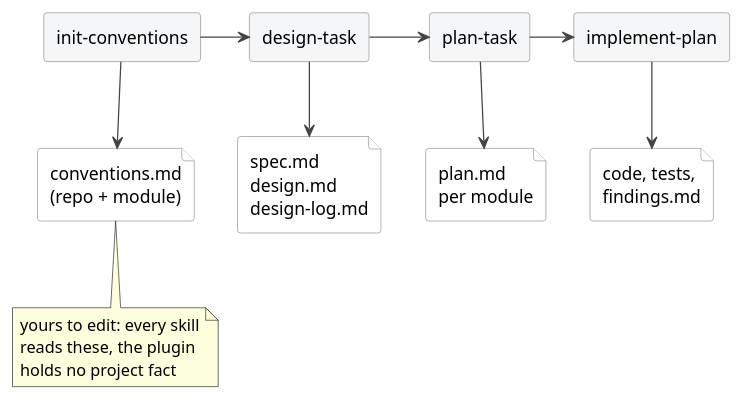
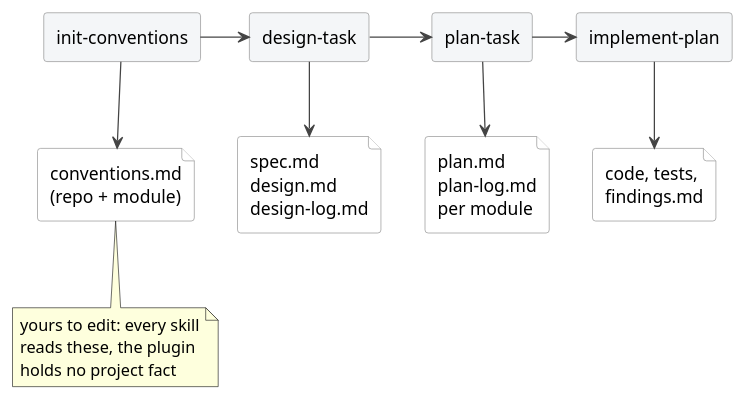
Before and after one commit to ds-usova/tdd-sdlc: the diagram in docs/diagrams/workflow.puml, drawn with PlantUML. The commit also changed 22 other files, not shown here.

```diff
--- a/docs/diagrams/workflow.puml
+++ b/docs/diagrams/workflow.puml
@@ -1,40 +1,40 @@
 @startuml workflow
 skinparam defaultFontName Helvetica
 skinparam shadowing false
 skinparam ArrowColor #444
 skinparam rectangle {
   BackgroundColor #F4F6F8
   BorderColor #888
 }
 skinparam file {
   BackgroundColor #FFFFFF
   BorderColor #888
 }
 top to bottom direction
 
 rectangle "init-conventions" as IC
 rectangle "design-task" as DT
 rectangle "plan-task" as PT
 rectangle "implement-plan" as IP
 file "conventions.md\n(repo + module)" as CV
 file "spec.md \ndesign.md\ndesign-log.md" as D
-file "plan.md\nper module" as P
+file "plan.md\nplan-log.md\nper module" as P
 file "code, tests,\nfindings.md" as C
 
 note bottom of CV
   yours to edit: every skill
   reads these, the plugin
   holds no project fact
 end note
 
 IC -> DT
 DT -> PT
 PT -> IP
 IC --> CV
 DT --> D
 PT --> P
 IP --> C
 CV -[hidden]> D
 D -[hidden]> P
 P -[hidden]> C
 @enduml
```
